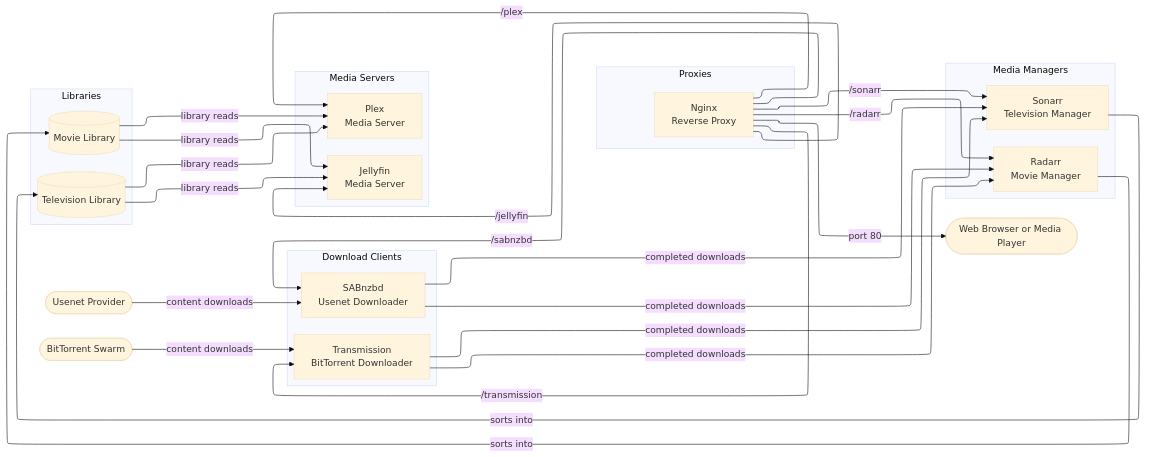
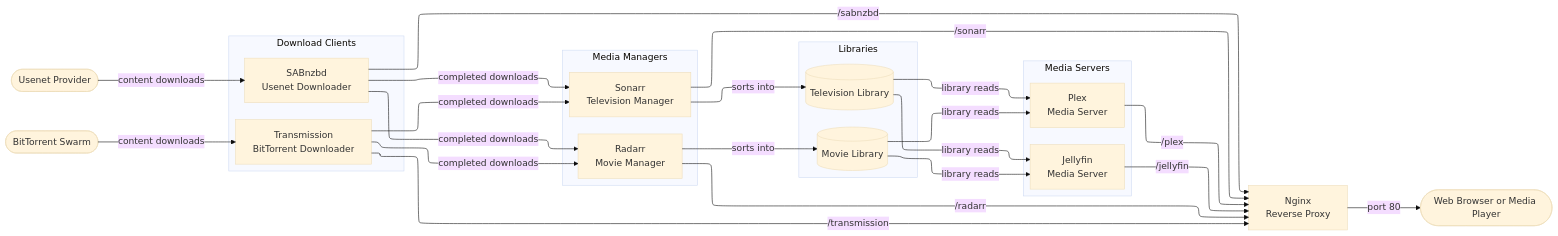
The diagram in README.md (evinowen/bragi), drawn with Mermaid (base theme) before and after one commit.

Commit message:
Revert Mermaid diagram to last approved state (services point to Nginx)

````diff
--- a/README.md
+++ b/README.md
@@ -20,65 +20,54 @@
 ```mermaid
 %%{init: {'flowchart': {'defaultRenderer': 'elk'}}}%%
 flowchart LR
     UP([Usenet Provider])
     BT_SRC([BitTorrent Swarm])
 
     subgraph downloaders[Download Clients]
         direction TB
         SAB["SABnzbd<br>Usenet Downloader"]
         TRN["Transmission<br>BitTorrent Downloader"]
     end
 
     subgraph managers[Media Managers]
         direction TB
         SON["Sonarr<br>Television Manager"]
         RAD["Radarr<br>Movie Manager"]
     end
 
     subgraph libraries[Libraries]
         direction TB
         TL[(Television Library)]
         ML[(Movie Library)]
     end
 
     subgraph servers[Media Servers]
         direction TB
         JF["Jellyfin<br>Media Server"]
         PL["Plex<br>Media Server"]
     end
 
-    subgraph proxies[Proxies]
-        direction TB
-        NGX["Nginx<br>Reverse Proxy"]
-    end
-
+    NGX["Nginx<br>Reverse Proxy"]
     CLIENT([Web Browser or Media Player])
 
     UP -->|content downloads| SAB
     BT_SRC -->|content downloads| TRN
     SAB -->|completed downloads| SON
     SAB -->|completed downloads| RAD
     TRN -->|completed downloads| SON
     TRN -->|completed downloads| RAD
     SON -->|sorts into| TL
     RAD -->|sorts into| ML
     TL -->|library reads| JF
     ML -->|library reads| JF
     TL -->|library reads| PL
     ML -->|library reads| PL
 
-    SAB ~~~ NGX
-    TRN ~~~ NGX
-    SON ~~~ NGX
-    RAD ~~~ NGX
-    JF ~~~ NGX
-    PL ~~~ NGX
-
-    NGX -->|/sabnzbd| SAB
-    NGX -->|/transmission| TRN
-    NGX -->|/sonarr| SON
-    NGX -->|/radarr| RAD
-    NGX -->|/jellyfin| JF
-    NGX -->|/plex| PL
+    SAB -->|/sabnzbd| NGX
+    TRN -->|/transmission| NGX
+    SON -->|/sonarr| NGX
+    RAD -->|/radarr| NGX
+    JF -->|/jellyfin| NGX
+    PL -->|/plex| NGX
     NGX -->|port 80| CLIENT
 ```
````
